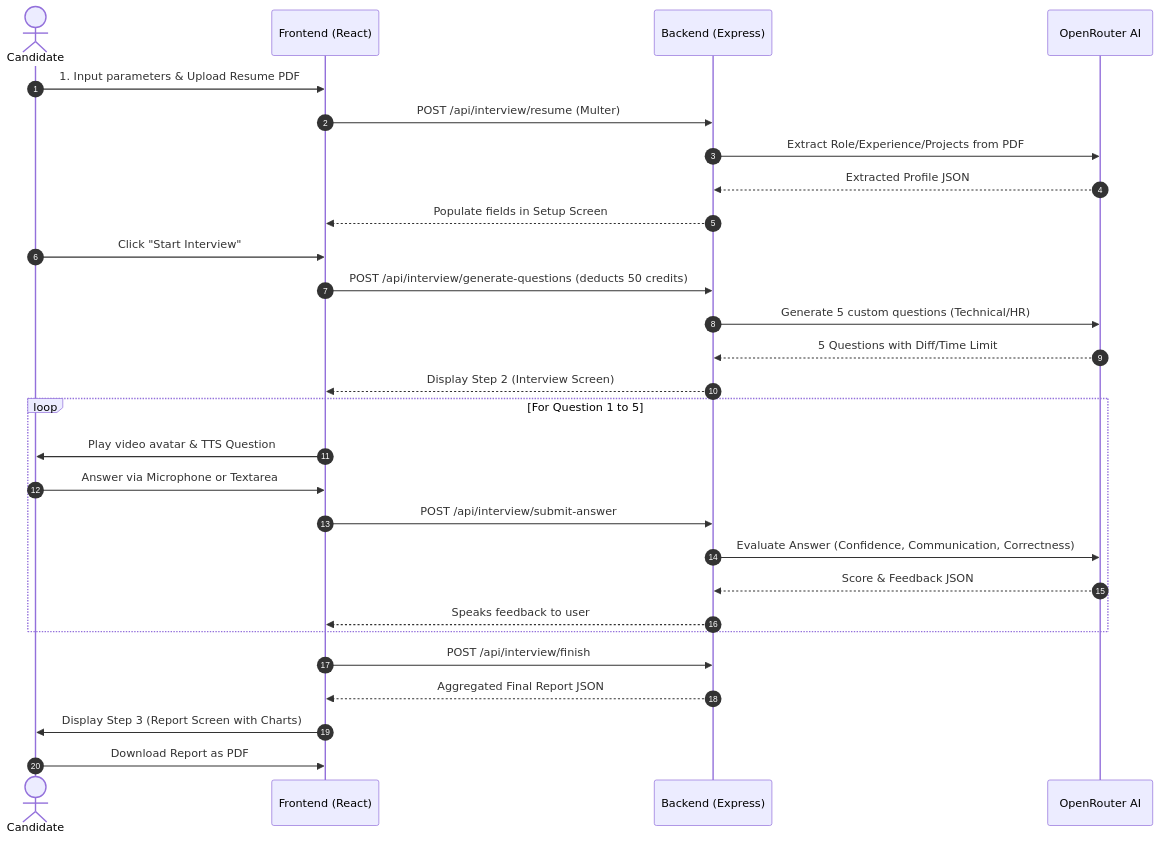
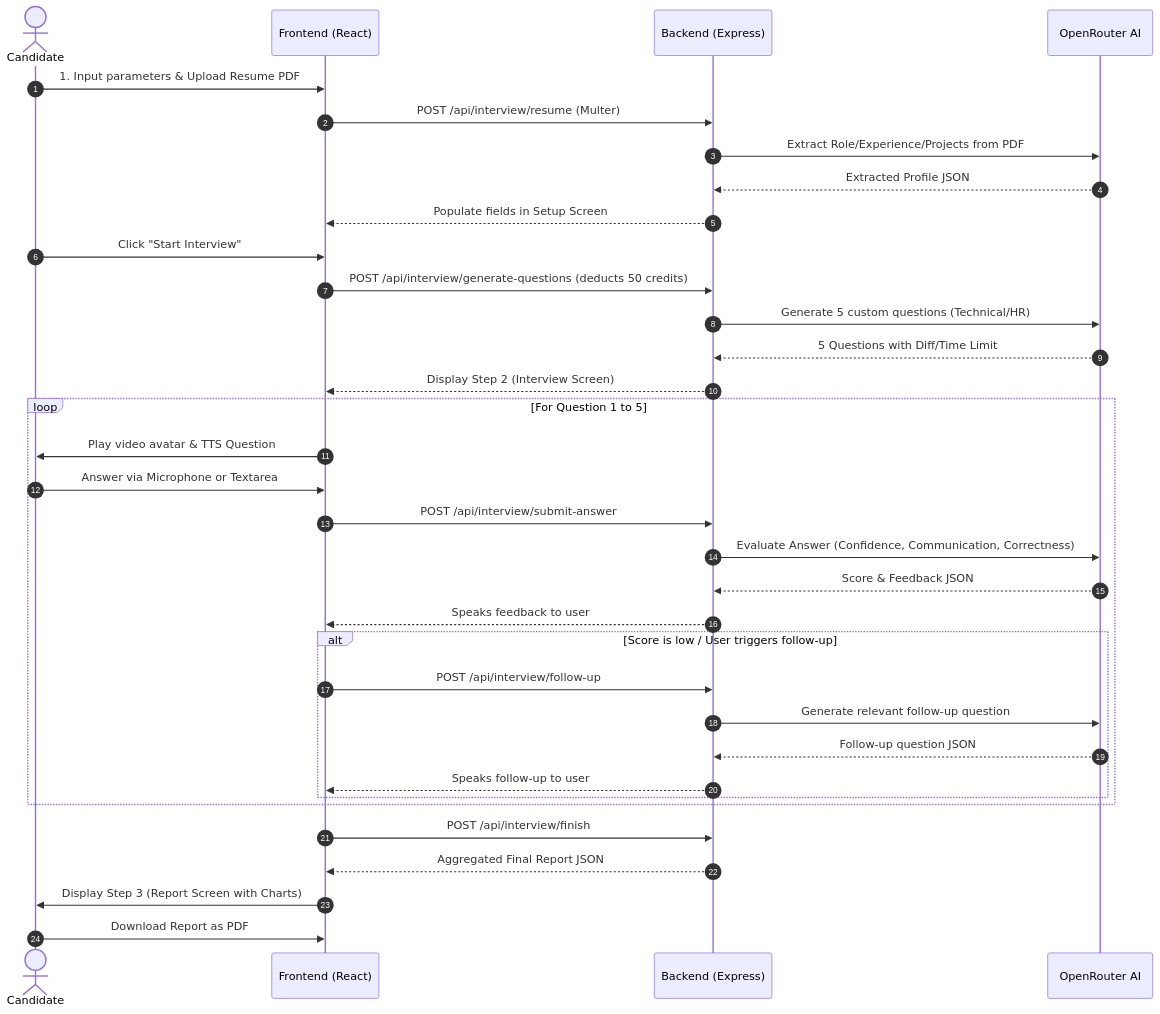
The second of 2 diagrams in README.md (aarnav24/ai_mock_interview), drawn with Mermaid before and after one commit. The commit also changed other lines of this file, not shown here.

Commit message:
docs: update README with new payment, audio streaming, and architecture details

````diff
--- a/README.md
+++ b/README.md
@@ -131,31 +156,37 @@
 ```mermaid
 sequenceDiagram
     autonumber
     actor User as Candidate
     participant FE as Frontend (React)
     participant BE as Backend (Express)
     participant AI as OpenRouter AI
 
     User->>FE: 1. Input parameters & Upload Resume PDF
     FE->>BE: POST /api/interview/resume (Multer)
     BE->>AI: Extract Role/Experience/Projects from PDF
     AI-->>BE: Extracted Profile JSON
     BE-->>FE: Populate fields in Setup Screen
     User->>FE: Click "Start Interview"
     FE->>BE: POST /api/interview/generate-questions (deducts 50 credits)
     BE->>AI: Generate 5 custom questions (Technical/HR)
     AI-->>BE: 5 Questions with Diff/Time Limit
     BE-->>FE: Display Step 2 (Interview Screen)
     loop For Question 1 to 5
         FE->>User: Play video avatar & TTS Question
         User->>FE: Answer via Microphone or Textarea
         FE->>BE: POST /api/interview/submit-answer
         BE->>AI: Evaluate Answer (Confidence, Communication, Correctness)
         AI-->>BE: Score & Feedback JSON
         BE-->>FE: Speaks feedback to user
+        alt Score is low / User triggers follow-up
+            FE->>BE: POST /api/interview/follow-up
+            BE->>AI: Generate relevant follow-up question
+            AI-->>BE: Follow-up question JSON
+            BE-->>FE: Speaks follow-up to user
+        end
     end
     FE->>BE: POST /api/interview/finish
     BE-->>FE: Aggregated Final Report JSON
     FE->>User: Display Step 3 (Report Screen with Charts)
     User->>FE: Download Report as PDF
 ```
````
